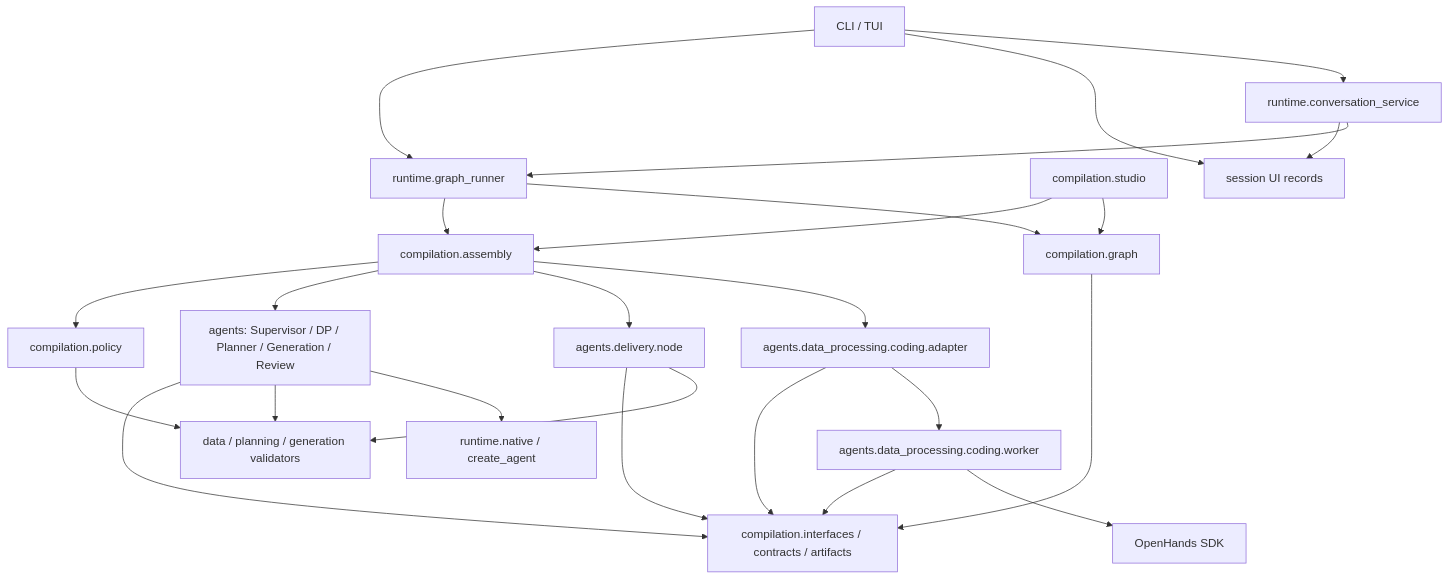
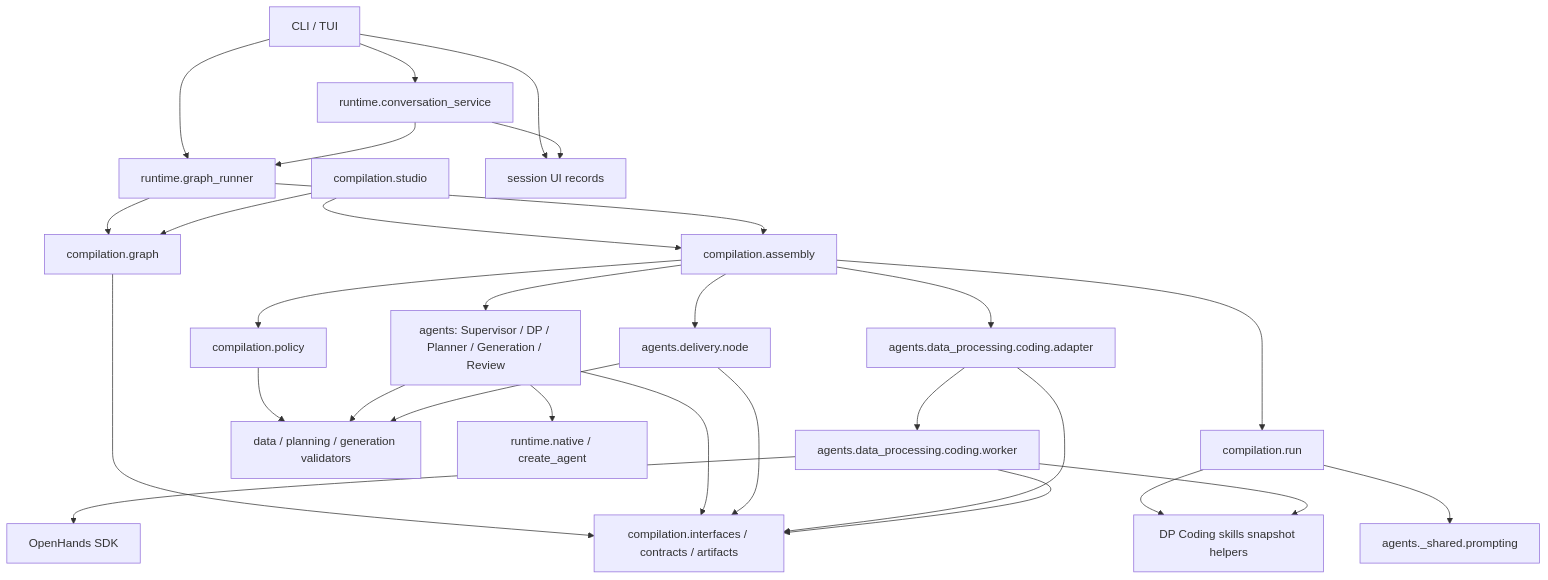
One commit to fly233338/MedBenchAgent changed the first of 3 diagrams in docs/ARCHITECTURE.md. Above: the diagram before and after it, drawn with Mermaid. The commit also changed other lines of this file and 12 other files, not shown here.

````diff
--- a/docs/ARCHITECTURE.md
+++ b/docs/ARCHITECTURE.md
@@ -8,26 +8,30 @@
 ```mermaid
 flowchart TB
     CLI[CLI / TUI] --> Runner[runtime.graph_runner]
     Studio[compilation.studio] --> Assembly[compilation.assembly]
+    Assembly --> Run[compilation.run]
+    Run --> Prompting[agents._shared.prompting]
+    Run --> SkillSnapshot[DP Coding skills snapshot helpers]
     Runner --> Assembly
     Runner & Studio --> Graph[compilation.graph]
     Assembly --> Policy[compilation.policy]
     Graph --> Public[compilation.interfaces / contracts / artifacts]
     Policy --> Domain[data / planning / generation validators]
     Assembly --> Agents[agents: Supervisor / DP / Planner / Generation / Review]
     Assembly --> Delivery[agents.delivery.node]
     Assembly --> Coding[agents.data_processing.coding.adapter]
     Agents --> Public
     Agents --> Domain
     Agents --> Native[runtime.native / create_agent]
     Delivery --> Public
     Delivery --> Domain
     Coding --> Public
     Coding --> Worker[agents.data_processing.coding.worker]
     Worker --> Public
     Worker --> SDK[OpenHands SDK]
+    Worker --> SkillSnapshot
     CLI --> Sessions[session UI records]
     CLI --> UIService[runtime.conversation_service]
     UIService --> Sessions
     UIService --> Runner
 ```
````
